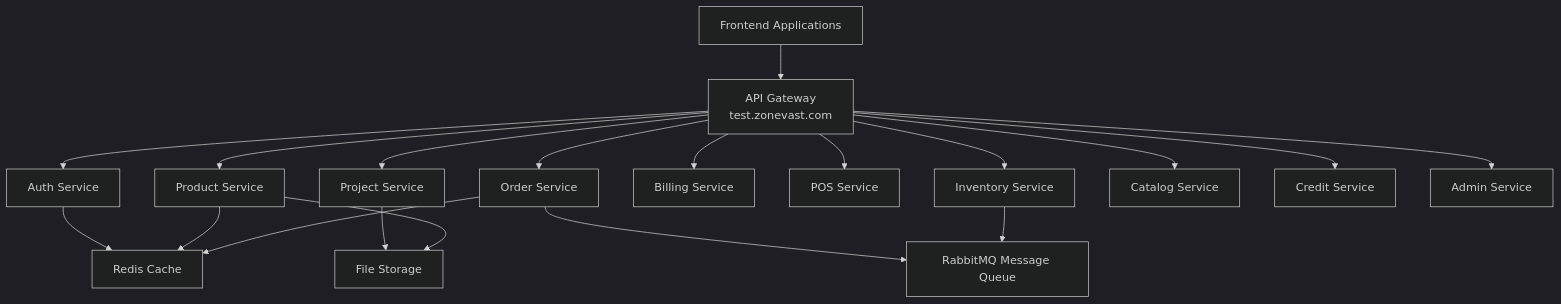
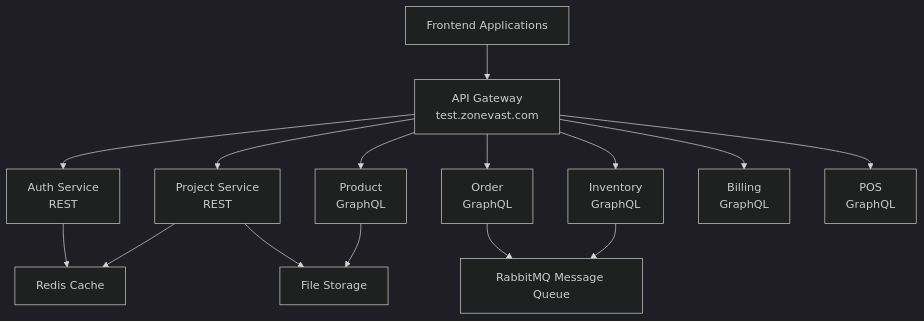
One commit to zonevast/zonevast-docs changed the diagram in docs/architecture.md. Above: the diagram before and after it, drawn with Mermaid (dark theme). The commit also changed other lines of this file and 1 other file, not shown here.

Commit message:
docs: Keep only online services (product, order, inventory, billing, pos + auth, project REST)

````diff
--- a/docs/architecture.md
+++ b/docs/architecture.md
@@ -7,40 +7,33 @@
 ```mermaid
 graph TB
     Frontend[Frontend Applications]
     Gateway[API Gateway<br/>test.zonevast.com]
-    Auth[Auth Service]
-    Product[Product Service]
-    Order[Order Service]
-    Inventory[Inventory Service]
-    Billing[Billing Service]
-    POS[POS Service]
-    Project[Project Service]
-    Catalog[Catalog Service]
-    Credit[Credit Service]
-    Admin[Admin Service]
+    Auth[Auth Service<br/>REST]
+    Project[Project Service<br/>REST]
+    Product[Product<br/>GraphQL]
+    Order[Order<br/>GraphQL]
+    Inventory[Inventory<br/>GraphQL]
+    Billing[Billing<br/>GraphQL]
+    POS[POS<br/>GraphQL]
     Cache[Redis Cache]
     MQ[RabbitMQ Message Queue]
     Storage[File Storage]
 
     Frontend --> Gateway
     Gateway --> Auth
+    Gateway --> Project
     Gateway --> Product
     Gateway --> Order
     Gateway --> Inventory
     Gateway --> Billing
     Gateway --> POS
-    Gateway --> Project
-    Gateway --> Catalog
-    Gateway --> Credit
-    Gateway --> Admin
 
     Auth --> Cache
-    Product --> Cache
-    Order --> Cache
+    Project --> Cache
 
     Order --> MQ
     Inventory --> MQ
 
     Project --> Storage
     Product --> Storage
 ```
````
